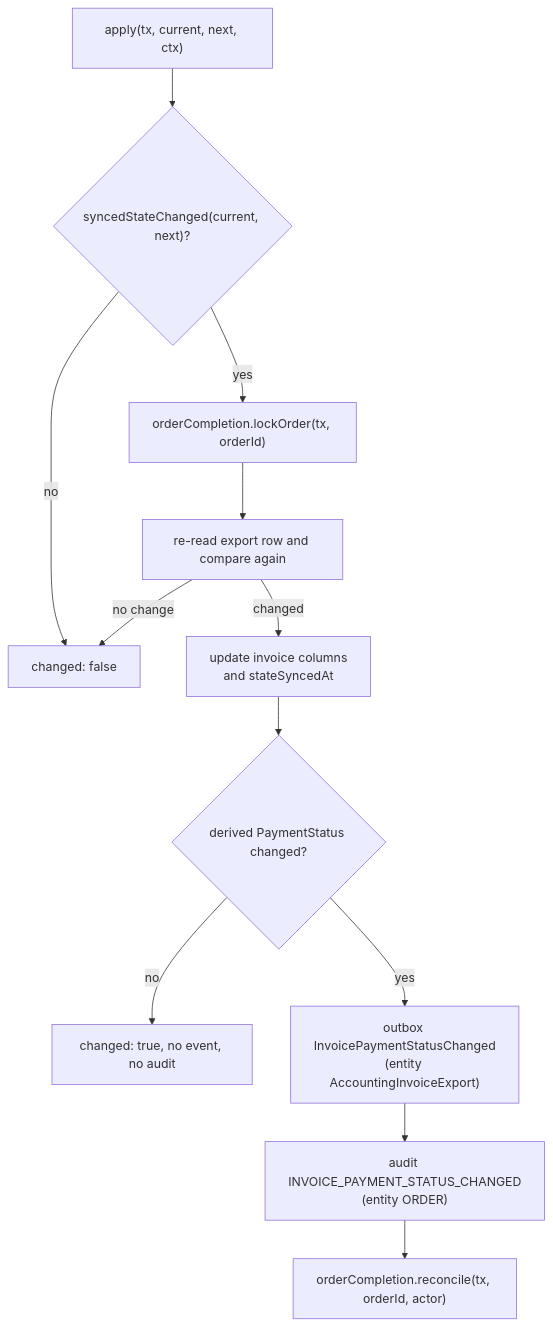
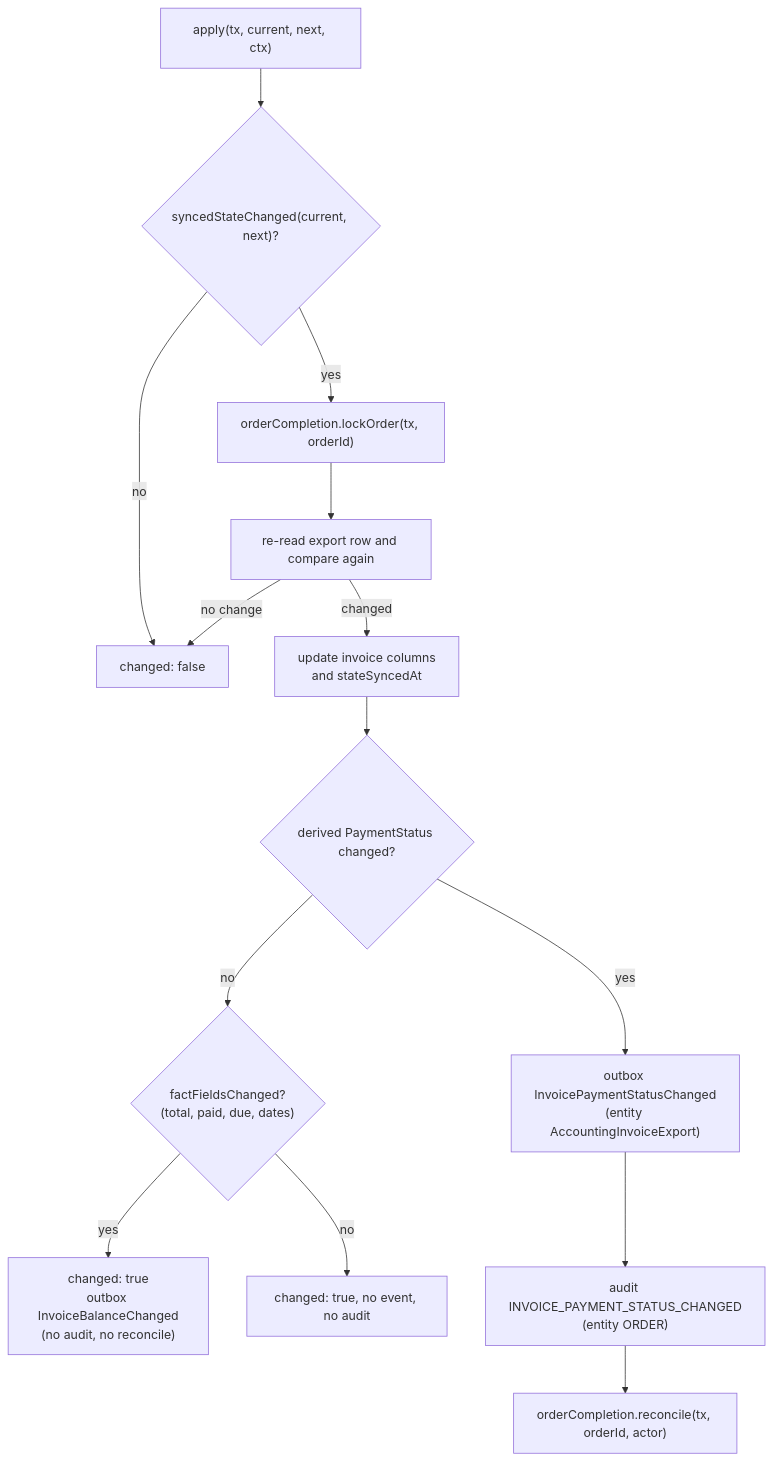
One commit to listentorick/wholo changed the third of 4 diagrams in docs/architecture/code/c4-code-accounting.md. Above: the diagram before and after it, drawn with Mermaid. The commit also changed other lines of this file and 93 other files, not shown here.

````diff
--- a/docs/architecture/code/c4-code-accounting.md
+++ b/docs/architecture/code/c4-code-accounting.md
@@ -551,14 +553,16 @@
 ```mermaid
 flowchart TD
     A["apply(tx, current, next, ctx)"] --> B{"syncedStateChanged(current, next)?"}
     B -- no --> Z1["changed: false"]
     B -- yes --> C["orderCompletion.lockOrder(tx, orderId)"]
     C --> D["re-read export row and compare again"]
     D -- no change --> Z1
     D -- changed --> E["update invoice columns<br/>and stateSyncedAt"]
     E --> F{"derived PaymentStatus changed?"}
-    F -- no --> Z2["changed: true, no event, no audit"]
+    F -- no --> G1{"factFieldsChanged?<br/>(total, paid, due, dates)"}
+    G1 -- yes --> Z3["changed: true<br/>outbox InvoiceBalanceChanged<br/>(no audit, no reconcile)"]
+    G1 -- no --> Z2["changed: true, no event, no audit"]
     F -- yes --> G["outbox InvoicePaymentStatusChanged<br/>(entity AccountingInvoiceExport)"]
     G --> H["audit INVOICE_PAYMENT_STATUS_CHANGED<br/>(entity ORDER)"]
     H --> I["orderCompletion.reconcile(tx, orderId, actor)"]
 ```
````
